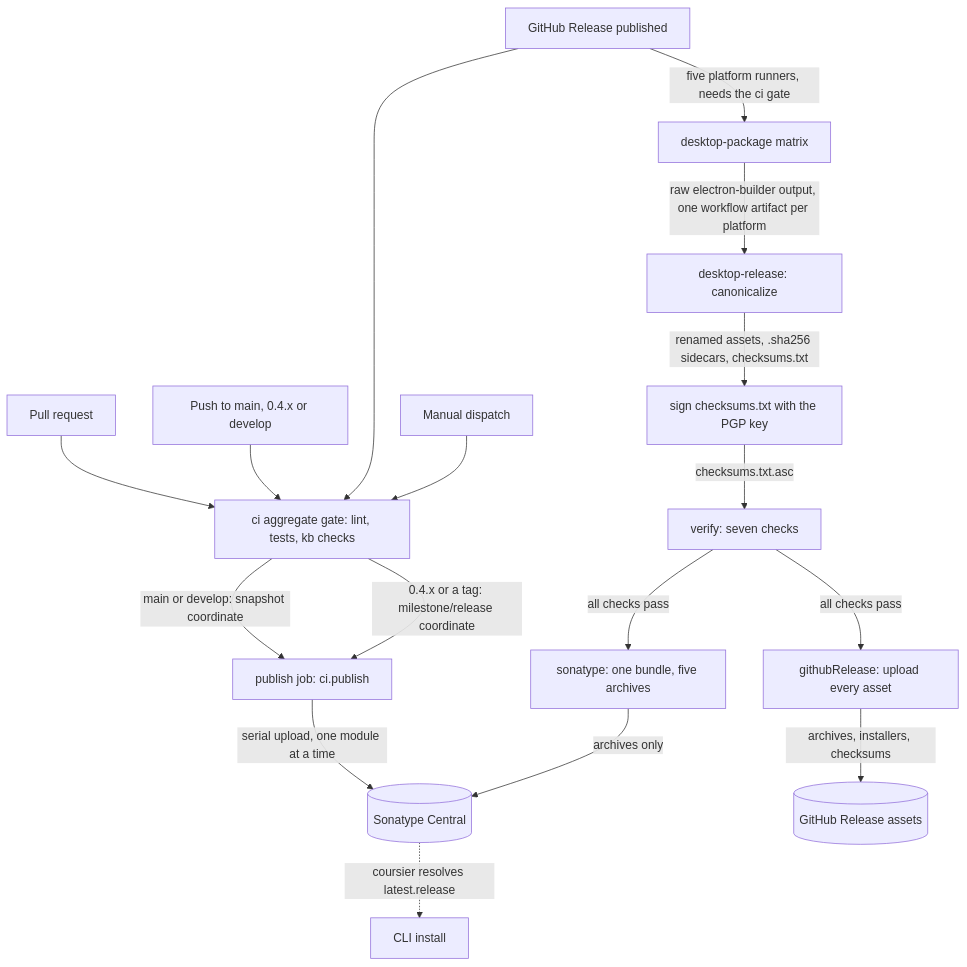
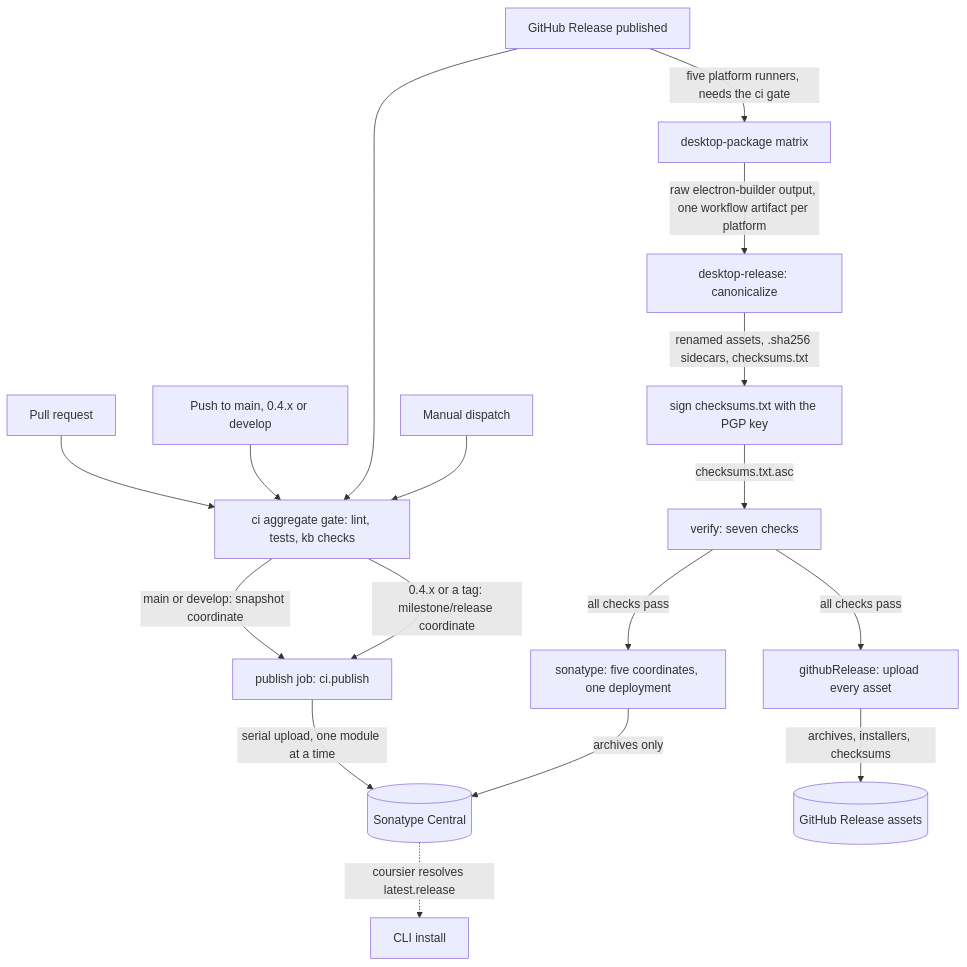
The diagram in kb/bundles/morphir/morphir-scala/packaging-and-release.md (finos/morphir-scala), drawn with Mermaid before and after one commit. The commit also changed other lines of this file and 1 other file, not shown here.

Commit message:
docs: distinguish a sonatype deployment bundle from the artifacts it carries

````diff
--- a/kb/bundles/morphir/morphir-scala/packaging-and-release.md
+++ b/kb/bundles/morphir/morphir-scala/packaging-and-release.md
@@ -32,23 +32,23 @@
 ```mermaid
 flowchart TD
     PR[Pull request] --> Gate[ci aggregate gate: lint, tests, kb checks]
     Push[Push to main, 0.4.x or develop] --> Gate
     Rel[GitHub Release published]
     Rel --> Gate
     Dispatch[Manual dispatch] --> Gate
 
     Gate -->|main or develop: snapshot coordinate| Publish[publish job: ci.publish]
     Gate -->|0.4.x or a tag: milestone/release coordinate| Publish
     Publish -->|serial upload, one module at a time| Sonatype[(Sonatype Central)]
 
     Rel -->|five platform runners, needs the ci gate| Package[desktop-package matrix]
     Package -->|raw electron-builder output, one workflow artifact per platform| Canon[desktop-release: canonicalize]
     Canon -->|renamed assets, .sha256 sidecars, checksums.txt| Sign[sign checksums.txt with the PGP key]
     Sign -->|checksums.txt.asc| Verify[verify: seven checks]
     Verify -->|all checks pass| GhRelease[githubRelease: upload every asset]
-    Verify -->|all checks pass| DesktopSonatype[sonatype: one bundle, five archives]
+    Verify -->|all checks pass| DesktopSonatype[sonatype: five coordinates, one deployment]
     GhRelease -->|archives, installers, checksums| GhAssets[(GitHub Release assets)]
     DesktopSonatype -->|archives only| Sonatype
 
     Sonatype -.->|coursier resolves latest.release| Cli[CLI install]
 ```
````
